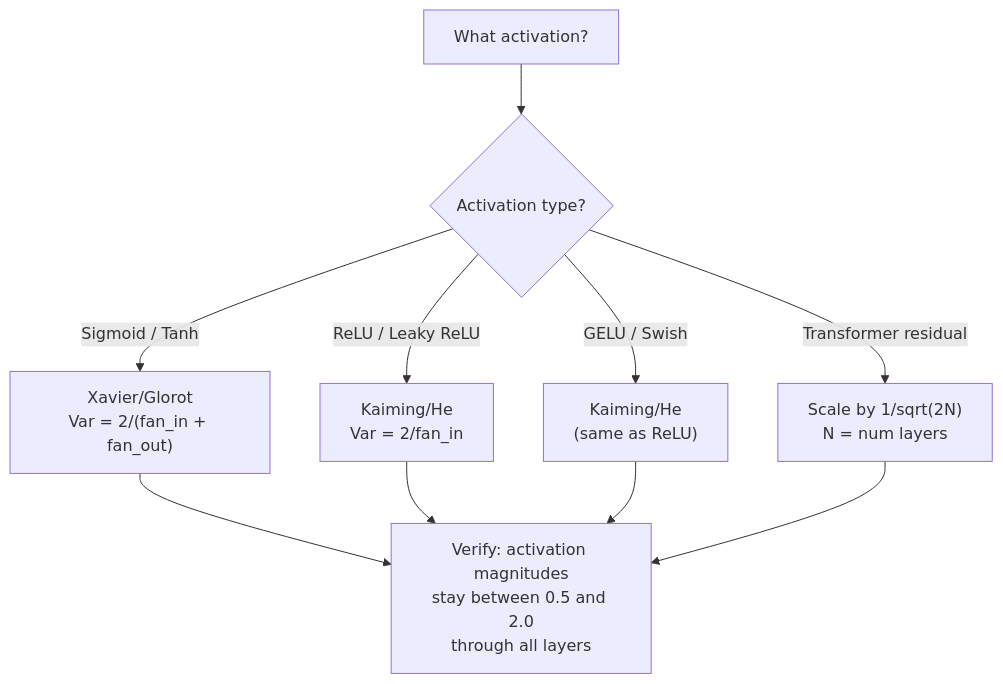
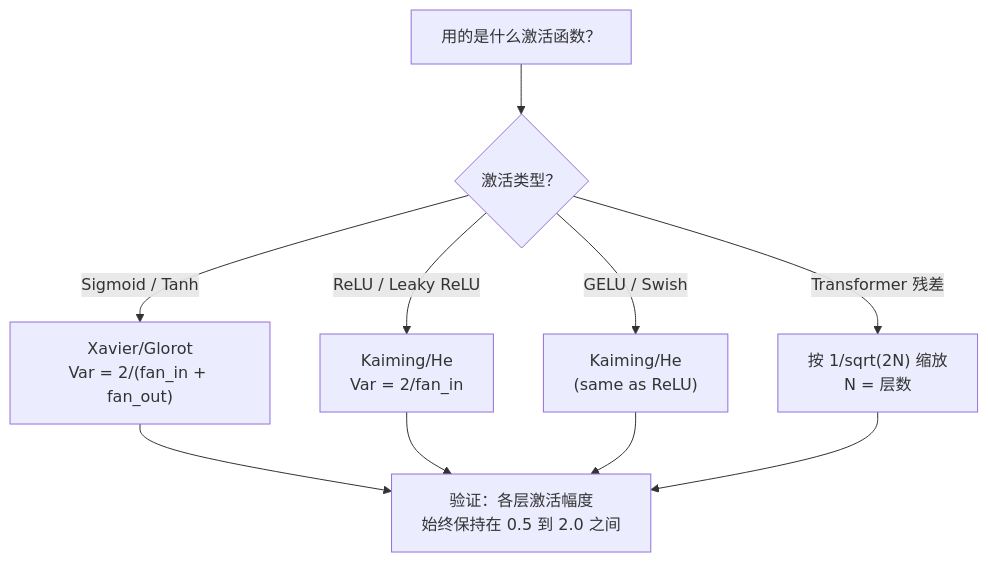
Before and after one commit to omigaZen/ai-engineering-from-scratch: the third of 3 diagrams in phases/03-deep-learning-core/08-weight-initialization/docs/zh.md, drawn with Mermaid. The commit also changed other lines of this file, not shown here.

Commit message:
feat(phase-03/08): polish weight initialization text

````diff
--- a/phases/03-deep-learning-core/08-weight-initialization/docs/zh.md
+++ b/phases/03-deep-learning-core/08-weight-initialization/docs/zh.md
@@ -147,14 +147,14 @@
 ```mermaid
 flowchart TD
-    Start["What activation?"] --> Act{"Activation type?"}
+    Start["用的是什么激活函数？"] --> Act{"激活类型？"}
 
     Act -->|"Sigmoid / Tanh"| Xavier["Xavier/Glorot<br/>Var = 2/(fan_in + fan_out)"]
     Act -->|"ReLU / Leaky ReLU"| Kaiming["Kaiming/He<br/>Var = 2/fan_in"]
     Act -->|"GELU / Swish"| Kaiming2["Kaiming/He<br/>(same as ReLU)"]
-    Act -->|"Transformer residual"| GPT["Scale by 1/sqrt(2N)<br/>N = num layers"]
+    Act -->|"Transformer 残差"| GPT["按 1/sqrt(2N) 缩放<br/>N = 层数"]
 
-    Xavier --> Check["Verify: activation magnitudes<br/>stay between 0.5 and 2.0<br/>through all layers"]
+    Xavier --> Check["验证：各层激活幅度<br/>始终保持在 0.5 到 2.0 之间"]
     Kaiming --> Check
     Kaiming2 --> Check
     GPT --> Check
 ```
````
